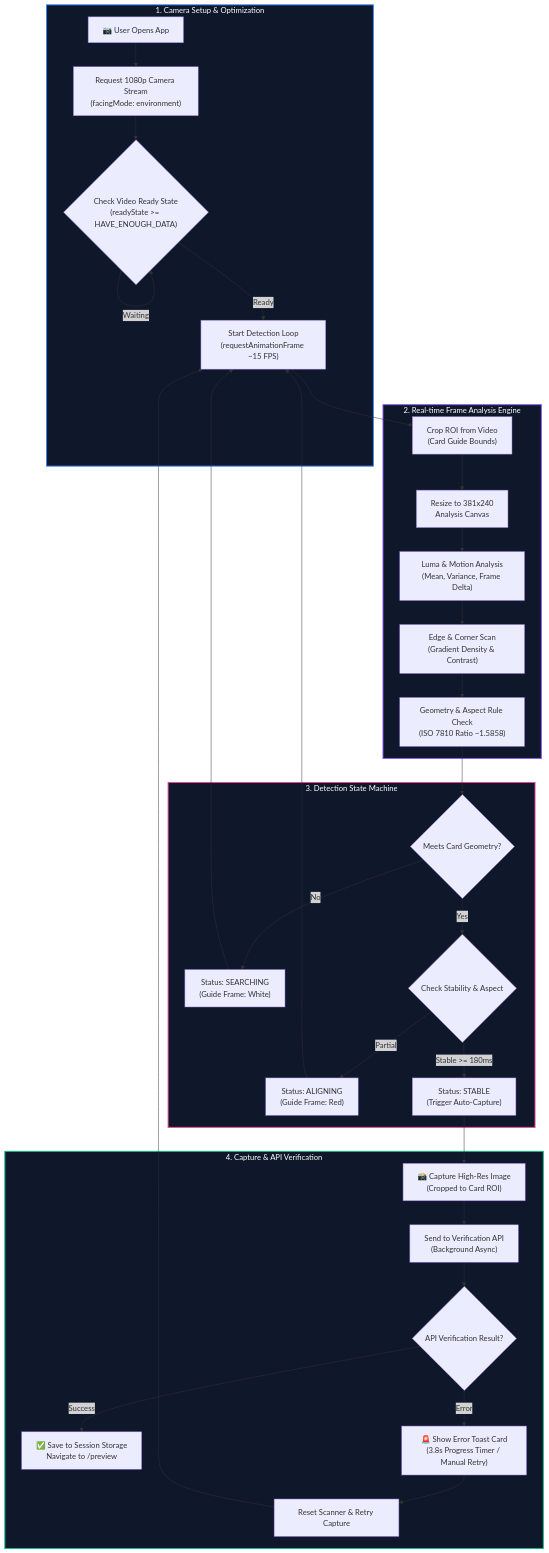
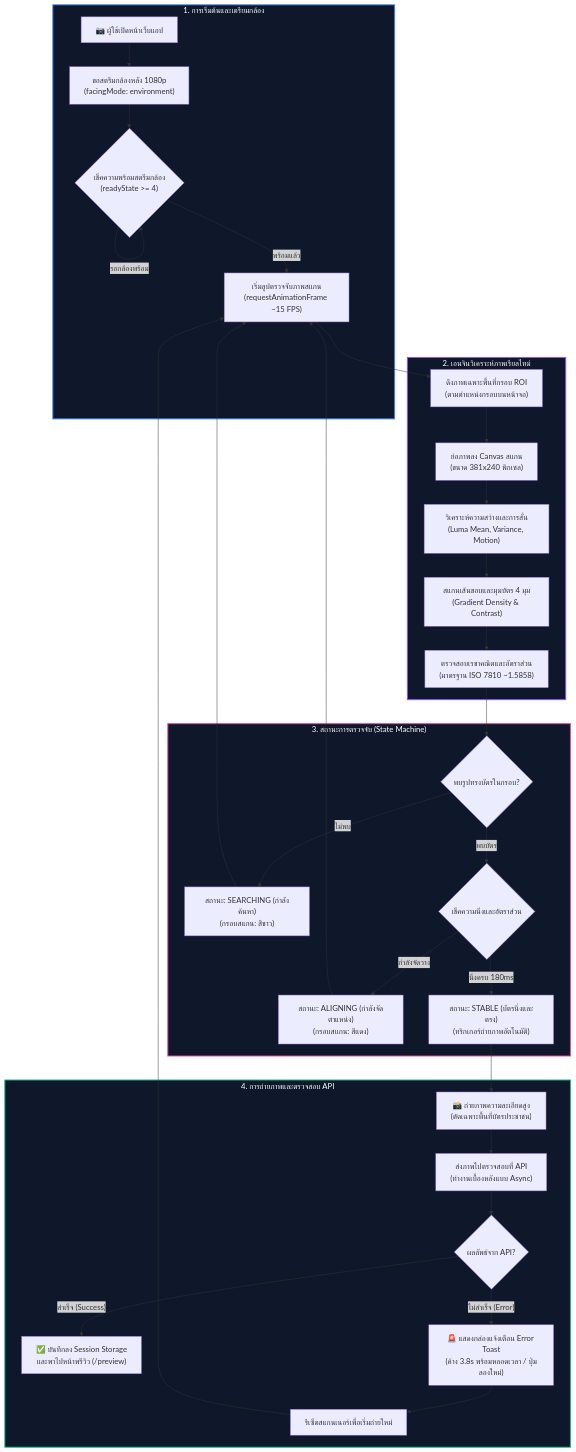
Before and after one commit to SupawishPK/id-card-scanner: the third of 4 diagrams in DEMO_SCRIPT.md, drawn with Mermaid. The commit also changed other lines of this file, not shown here.

Commit message:
docs: translate detailed system pipeline flowchart to Thai

````diff
--- a/DEMO_SCRIPT.md
+++ b/DEMO_SCRIPT.md
@@ -102,42 +102,42 @@
 ```mermaid
 flowchart TD
-    subgraph S1["1. Camera Setup & Optimization"]
-        A["📷 User Opens App"] --> B["Request 1080p Camera Stream<br/>(facingMode: environment)"]
-        B --> C{"Check Video Ready State<br/>(readyState >= HAVE_ENOUGH_DATA)"}
-        C -- Waiting --> C
-        C -- Ready --> D["Start Detection Loop<br/>(requestAnimationFrame ~15 FPS)"]
+    subgraph S1["1. การเริ่มต้นและเตรียมกล้อง"]
+        A["📷 ผู้ใช้เปิดหน้าเว็บแอป"] --> B["ขอสตรีมกล้องหลัง 1080p<br/>(facingMode: environment)"]
+        B --> C{"เช็คความพร้อมสตรีมกล้อง<br/>(readyState >= 4)"}
+        C -- รอกล้องพร้อม --> C
+        C -- พร้อมแล้ว --> D["เริ่มลูปตรวจจับภาพสแกน<br/>(requestAnimationFrame ~15 FPS)"]
     end
 
-    subgraph S2["2. Real-time Frame Analysis Engine"]
-        D --> E["Crop ROI from Video<br/>(Card Guide Bounds)"]
-        E --> F["Resize to 381x240<br/>Analysis Canvas"]
-        F --> G["Luma & Motion Analysis<br/>(Mean, Variance, Frame Delta)"]
-        G --> H["Edge & Corner Scan<br/>(Gradient Density & Contrast)"]
-        H --> I["Geometry & Aspect Rule Check<br/>(ISO 7810 Ratio ~1.5858)"]
+    subgraph S2["2. เอนจินวิเคราะห์ภาพเรียลไทม์"]
+        D --> E["ดึงภาพเฉพาะพื้นที่กรอบ ROI<br/>(ตามตำแหน่งกรอบบนหน้าจอ)"]
+        E --> F["ย่อภาพลง Canvas สแกน<br/>(ขนาด 381x240 พิกเซล)"]
+        F --> G["วิเคราะห์ความสว่างและการสั่น<br/>(Luma Mean, Variance, Motion)"]
+        G --> H["สแกนเส้นขอบและมุมบัตร 4 มุม<br/>(Gradient Density & Contrast)"]
+        H --> I["ตรวจสอบเรขาคณิตและอัตราส่วน<br/>(มาตรฐาน ISO 7810 ~1.5858)"]
     end
 
-    subgraph S3["3. Detection State Machine"]
-        I --> J{"Meets Card Geometry?"}
-        J -- No --> K["Status: SEARCHING<br/>(Guide Frame: White)"]
+    subgraph S3["3. สถานะการตรวจจับ (State Machine)"]
+        I --> J{"พบรูปทรงบัตรในกรอบ?"}
+        J -- ไม่พบ --> K["สถานะ: SEARCHING (กำลังค้นหา)<br/>(กรอบสแกน: สีขาว)"]
         K --> D
-        J -- Yes --> L{"Check Stability & Aspect"}
-        L -- Partial --> M["Status: ALIGNING<br/>(Guide Frame: Red)"]
+        J -- พบบัตร --> L{"เช็คความนิ่งและอัตราส่วน"}
+        L -- กำลังจัดวาง --> M["สถานะ: ALIGNING (กำลังจัดตำแหน่ง)<br/>(กรอบสแกน: สีแดง)"]
         M --> D
-        L -- Stable >= 180ms --> N["Status: STABLE<br/>(Trigger Auto-Capture)"]
+        L -- นิ่งครบ 180ms --> N["สถานะ: STABLE (บัตรนิ่งและตรง)<br/>(ทริกเกอร์ถ่ายภาพอัตโนมัติ)"]
     end
 
-    subgraph S4["4. Capture & API Verification"]
-        N --> O["📸 Capture High-Res Image<br/>(Cropped to Card ROI)"]
-        O --> P["Send to Verification API<br/>(Background Async)"]
-        P --> Q{"API Verification Result?"}
-        Q -- Success --> R["✅ Save to Session Storage<br/>Navigate to /preview"]
-        Q -- Error --> S["🚨 Show Error Toast Card<br/>(3.8s Progress Timer / Manual Retry)"]
-        S --> T["Reset Scanner & Retry Capture"]
+    subgraph S4["4. การถ่ายภาพและตรวจสอบ API"]
+        N --> O["📸 ถ่ายภาพความละเอียดสูง<br/>(ตัดเฉพาะพื้นที่บัตรประชาชน)"]
+        O --> P["ส่งภาพไปตรวจสอบที่ API<br/>(ทำงานเบื้องหลังแบบ Async)"]
+        P --> Q{"ผลลัพธ์จาก API?"}
+        Q -- สำเร็จ (Success) --> R["✅ บันทึกลง Session Storage<br/>และพาไปหน้าพรีวิว (/preview)"]
+        Q -- ไม่สำเร็จ (Error) --> S["🚨 แสดงกล่องแจ้งเตือน Error Toast<br/>(ค้าง 3.8s พร้อมหลอดเวลา / ปุ่มลองใหม่)"]
+        S --> T["รีเซ็ตสแกนเนอร์เพื่อเริ่มถ่ายใหม่"]
         T --> D
     end
 
     style S1 fill:#0f172a,stroke:#3b82f6,stroke-width:2px,color:#fff
     style S2 fill:#0f172a,stroke:#8b5cf6,stroke-width:2px,color:#fff
     style S3 fill:#0f172a,stroke:#ec4899,stroke-width:2px,color:#fff
     style S4 fill:#0f172a,stroke:#10b981,stroke-width:2px,color:#fff
 ```
````
